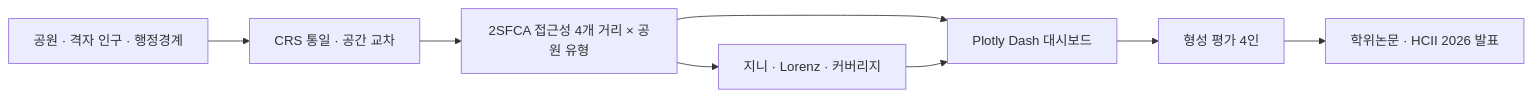
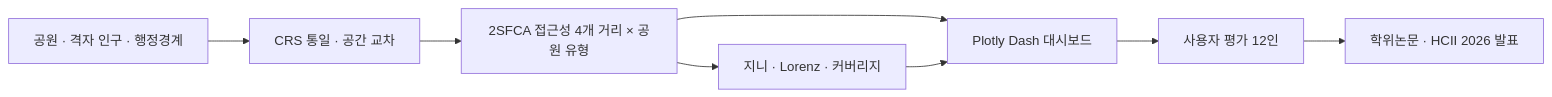
The diagram in README.md (kimminseo2323-prog/seoul-park-accessibility), drawn with Mermaid before and after one commit. The commit also changed other lines of this file, not shown here.

````diff
--- a/README.md
+++ b/README.md
@@ -47,9 +47,9 @@
 ```mermaid
 flowchart LR
   A[공원 · 격자 인구 · 행정경계] --> B[CRS 통일 · 공간 교차]
   B --> C[2SFCA 접근성 4개 거리 × 공원 유형]
   C --> D[지니 · Lorenz · 커버리지]
   C --> E[Plotly Dash 대시보드]
   D --> E
-  E --> F[형성 평가 4인] --> G[학위논문 · HCII 2026 발표]
+  E --> F[사용자 평가 12인] --> G[학위논문 · HCII 2026 발표]
 ```
````
